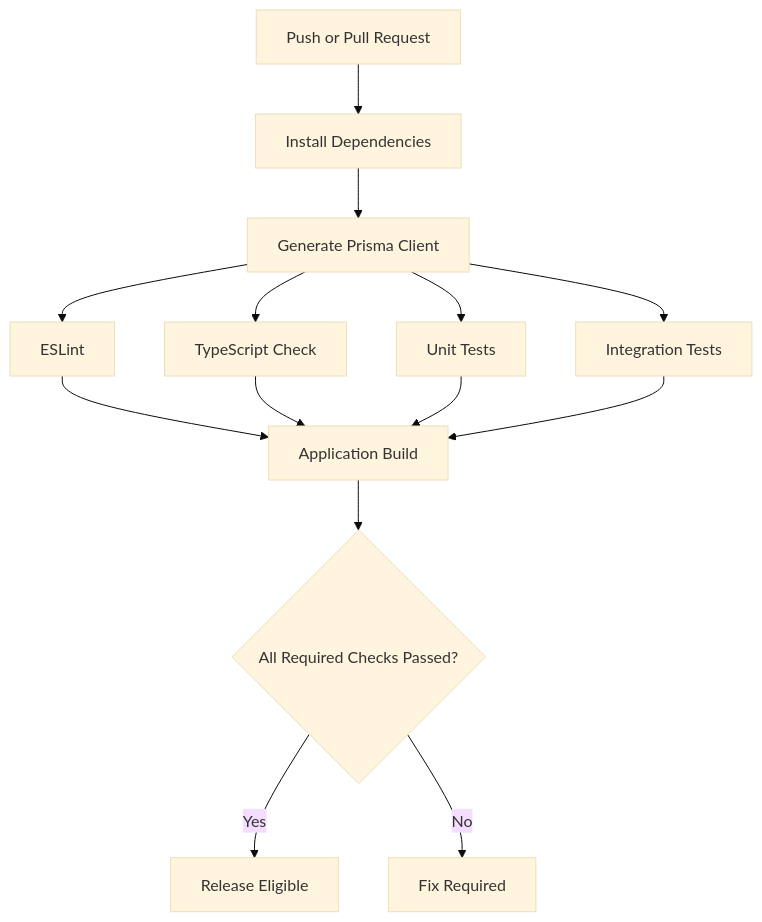
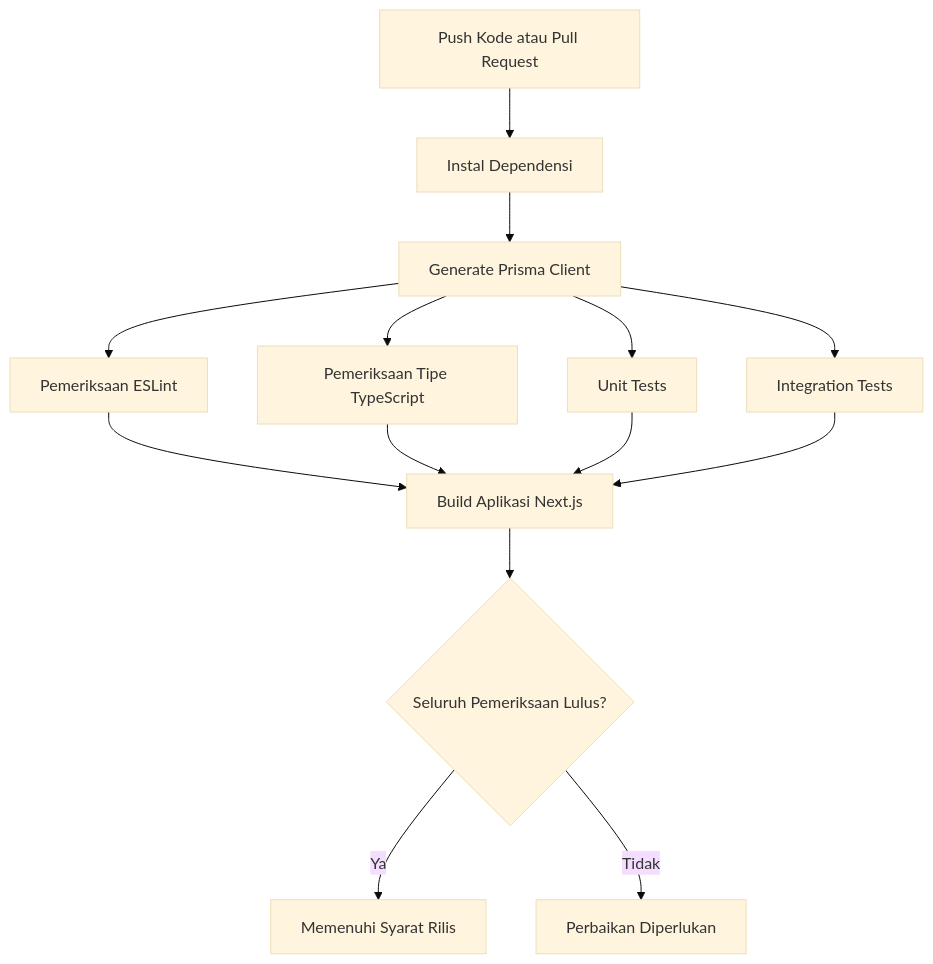
The eighth of 10 diagrams in docs/architecture.md (ZyxxBoy/cashierflow), drawn with Mermaid (base theme) before and after one commit. The commit also changed other lines of this file and 7 other files, not shown here.

````diff
--- a/docs/architecture.md
+++ b/docs/architecture.md
@@ -699,28 +657,28 @@
 ```mermaid
 flowchart TD
-    PUSH[Push or Pull Request]
-    INSTALL[Install Dependencies]
+    PUSH[Push Kode atau Pull Request]
+    INSTALL[Instal Dependensi]
     GENERATE[Generate Prisma Client]
-    LINT[ESLint]
-    TYPES[TypeScript Check]
+    LINT[Pemeriksaan ESLint]
+    TYPES[Pemeriksaan Tipe TypeScript]
     TEST[Unit Tests]
     INTEGRATION[Integration Tests]
-    BUILD[Application Build]
-    RESULT{All Required Checks Passed?}
-    SUCCESS[Release Eligible]
-    FAILURE[Fix Required]
+    BUILD[Build Aplikasi Next.js]
+    RESULT{Seluruh Pemeriksaan Lulus?}
+    SUCCESS[Memenuhi Syarat Rilis]
+    FAILURE[Perbaikan Diperlukan]
 
     PUSH --> INSTALL
     INSTALL --> GENERATE
     GENERATE --> LINT
     GENERATE --> TYPES
     GENERATE --> TEST
     GENERATE --> INTEGRATION
     LINT --> BUILD
     TYPES --> BUILD
     TEST --> BUILD
     INTEGRATION --> BUILD
     BUILD --> RESULT
-    RESULT -->|Yes| SUCCESS
-    RESULT -->|No| FAILURE
+    RESULT -->|Ya| SUCCESS
+    RESULT -->|Tidak| FAILURE
 ```
````
